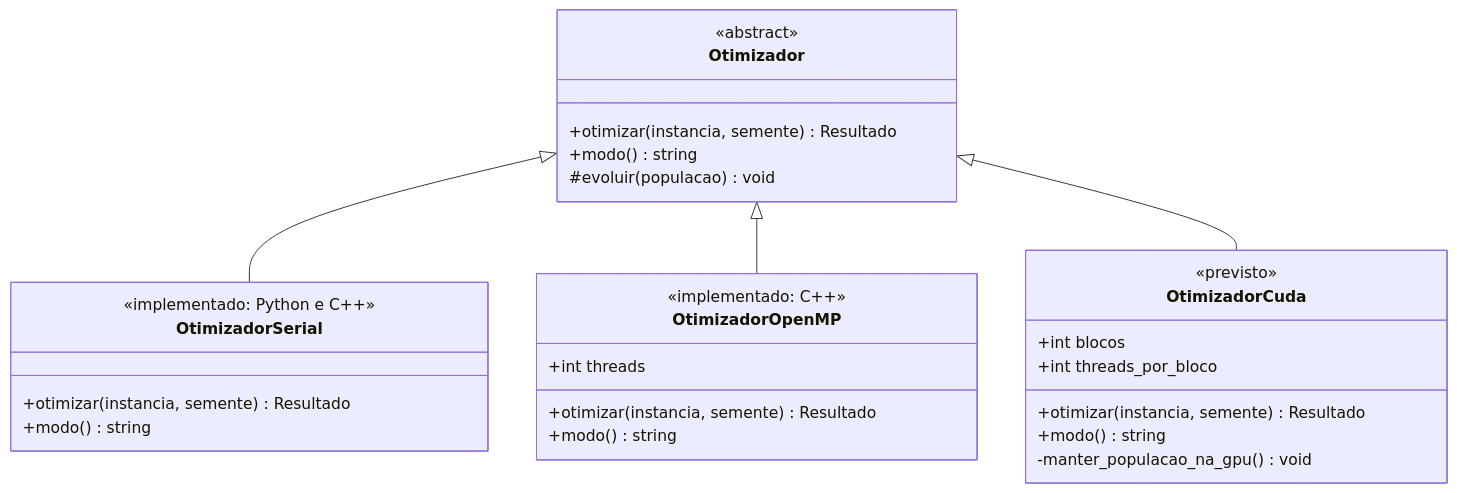
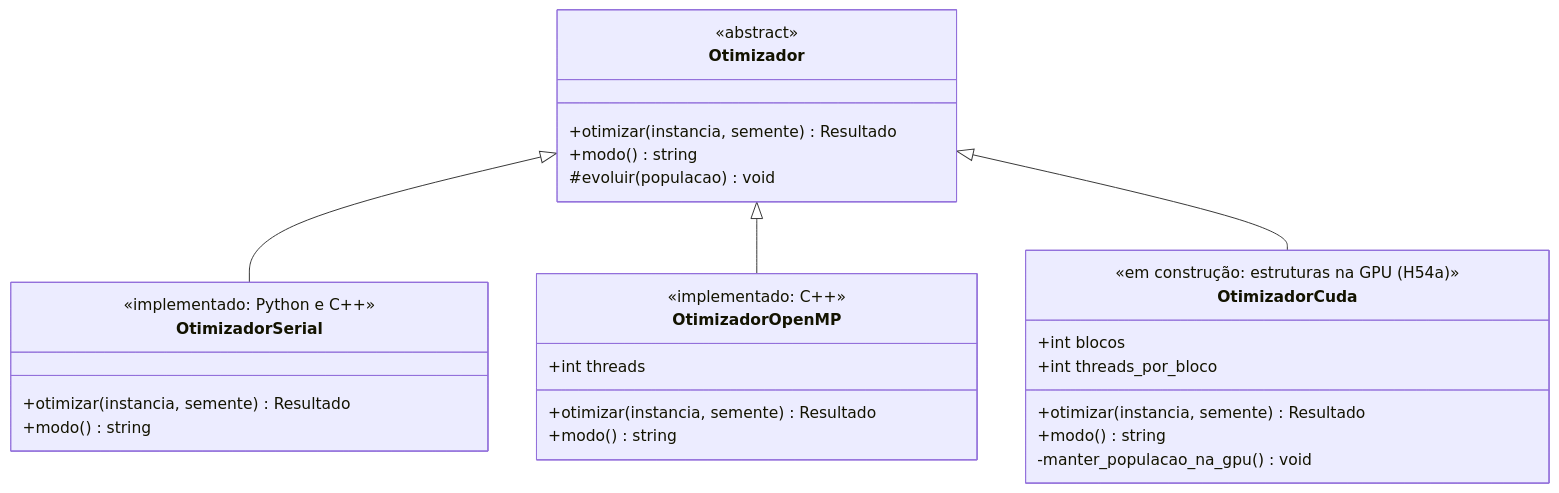
One commit to PedroMiranda243/gih-fabrica-de-software changed the eighth of 8 diagrams in docs/10-diagrama-de-classes.md. Above: the diagram before and after it, drawn with Mermaid. The commit also changed 2 other files, not shown here.

Commit message:
docs: a GPU no executável, e as duas medições das threads
Adendo à ADR-012: o CUDA num arquivo só, a saída 1 como "precisa de
GPU, e não há", o layout da CPU na GPU e o modo cuda só com a H54c. A
docs/10 marca o otimizador CUDA como em construção.

O adendo da ADR-011 e o CLAUDE.md passam a citar as duas medições das
threads: com 8, 6,0x e 6,3x em faixa estreita; com 16, a mediana foi
de 4,6x numa e 7,2x na outra, com execução em 1,0x. A conclusão não
muda — um número que oscila assim não vai para a banca —, e o texto
deixa de afirmar uma mediana que a medição seguinte não repetiu.

Refs #141

````diff
--- a/docs/10-diagrama-de-classes.md
+++ b/docs/10-diagrama-de-classes.md
@@ -622,37 +622,37 @@
 ```mermaid
 classDiagram
     direction TB
 
     class Otimizador {
         <<abstract>>
         +otimizar(instancia, semente) Resultado
         +modo() string
         #evoluir(populacao) void
     }
 
     class OtimizadorSerial {
         <<implementado: Python e C++>>
         +otimizar(instancia, semente) Resultado
         +modo() string
     }
 
     class OtimizadorOpenMP {
         <<implementado: C++>>
         +int threads
         +otimizar(instancia, semente) Resultado
         +modo() string
     }
 
     class OtimizadorCuda {
-        <<previsto>>
+        <<em construção: estruturas na GPU (H54a)>>
         +int blocos
         +int threads_por_bloco
         +otimizar(instancia, semente) Resultado
         +modo() string
         -manter_populacao_na_gpu() void
     }
 
     Otimizador <|-- OtimizadorSerial
     Otimizador <|-- OtimizadorOpenMP
     Otimizador <|-- OtimizadorCuda
 ```
````
